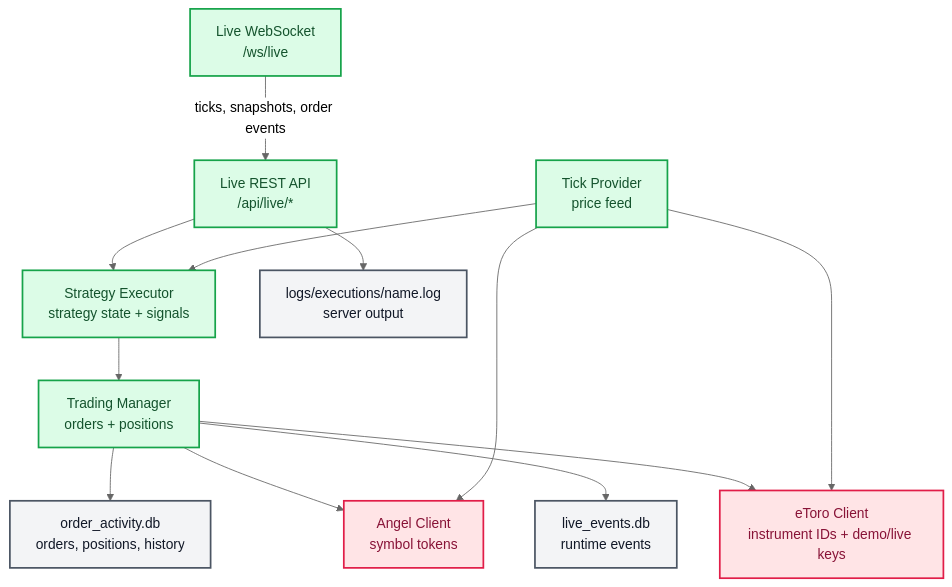
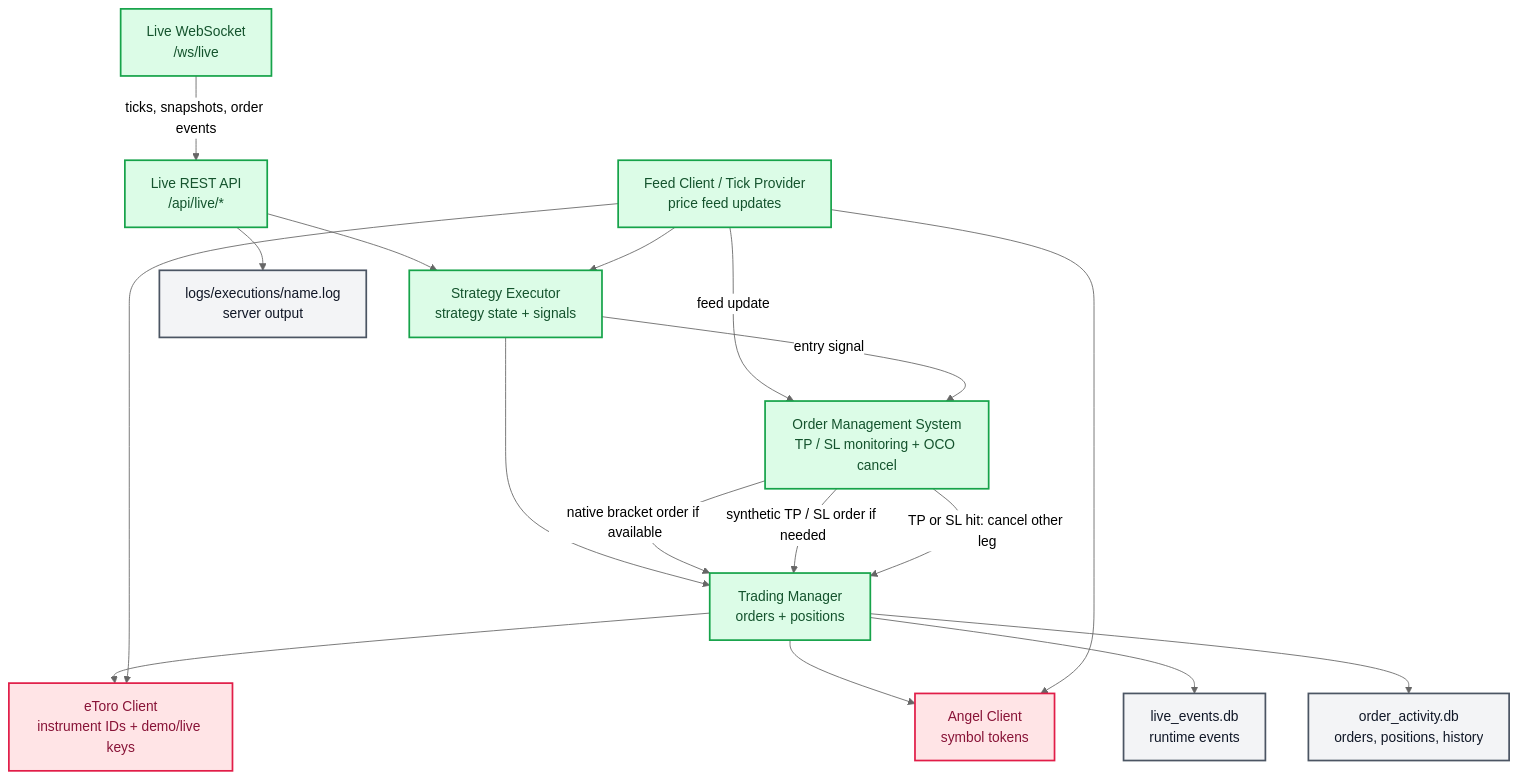
Before and after one commit to rohan033/backtrading-demo: the third of 3 diagrams in architecture-workflow.md, drawn with Mermaid (neutral theme). The commit also changed other lines of this file and 12 other files, not shown here.

Commit message:
Add feed-driven TP/SL for non-bracket clients

````diff
--- a/architecture-workflow.md
+++ b/architecture-workflow.md
@@ -79,33 +79,39 @@
 ```mermaid
 flowchart TB
     liveApi["Live REST API<br/>/api/live/*"]
     liveWs["Live WebSocket<br/>/ws/live"]
     strategyExecutor["Strategy Executor<br/>strategy state + signals"]
-    tickProvider["Tick Provider<br/>price feed"]
+    tickProvider["Feed Client / Tick Provider<br/>price feed updates"]
+    orderManager["Order Management System<br/>TP / SL monitoring + OCO cancel"]
     tradingManager["Trading Manager<br/>orders + positions"]
     etoro["eToro Client<br/>instrument IDs + demo/live keys"]
     angel["Angel Client<br/>symbol tokens"]
     liveEventsDb["live_events.db<br/>runtime events"]
     activityDb["order_activity.db<br/>orders, positions, history"]
     executionLog["logs/executions/name.log<br/>server output"]
 
     liveApi --> strategyExecutor
     tickProvider --> strategyExecutor
+    tickProvider -->|"feed update"| orderManager
     strategyExecutor --> tradingManager
+    strategyExecutor -->|"entry signal"| orderManager
+    orderManager -->|"native bracket order if available"| tradingManager
+    orderManager -->|"synthetic TP / SL order if needed"| tradingManager
+    orderManager -->|"TP or SL hit: cancel other leg"| tradingManager
     tradingManager --> etoro
     tradingManager --> angel
     tickProvider --> etoro
     tickProvider --> angel
     tradingManager --> liveEventsDb
     tradingManager --> activityDb
     liveWs -->|"ticks, snapshots, order events"| liveApi
     liveApi --> executionLog
 
     classDef api fill:#dcfce7,stroke:#16a34a,color:#14532d,stroke-width:2px;
     classDef broker fill:#ffe4e6,stroke:#e11d48,color:#881337,stroke-width:2px;
     classDef storage fill:#f3f4f6,stroke:#4b5563,color:#111827,stroke-width:2px;
 
-    class liveApi,liveWs,strategyExecutor,tickProvider,tradingManager api;
+    class liveApi,liveWs,strategyExecutor,tickProvider,orderManager,tradingManager api;
     class etoro,angel broker;
     class liveEventsDb,activityDb,executionLog storage;
 ```
````
